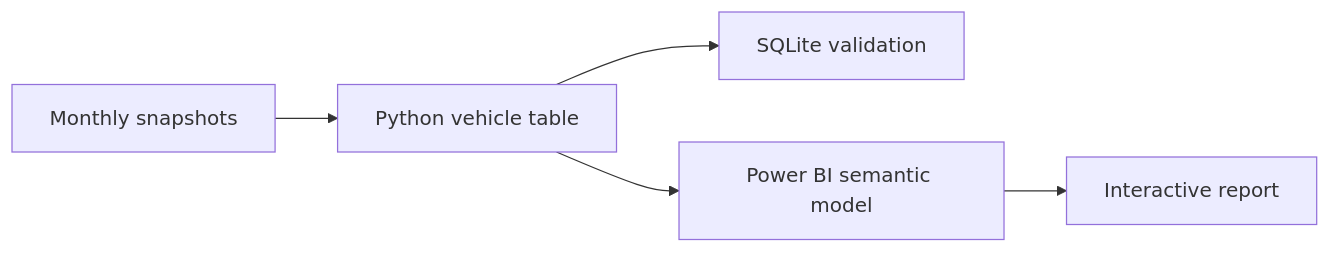
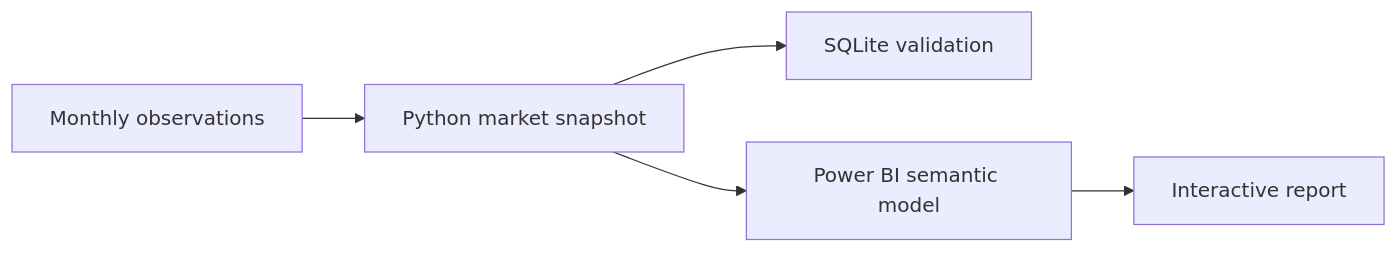
Before and after one commit to Yassdata/Denmark-used-car-market-analysis: the diagram in README.md, drawn with Mermaid. The commit also changed other lines of this file and 25 other files, not shown here.

````diff
--- a/README.md
+++ b/README.md
@@ -7,7 +7,7 @@
 ```mermaid
 flowchart LR
-    A[Monthly snapshots] --> B[Python vehicle table]
+    A[Monthly observations] --> B[Python market snapshot]
     B --> C[SQLite validation]
     B --> D[Power BI semantic model]
     D --> E[Interactive report]
 ```
````
